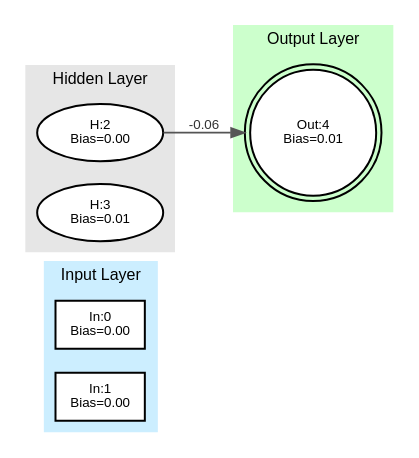
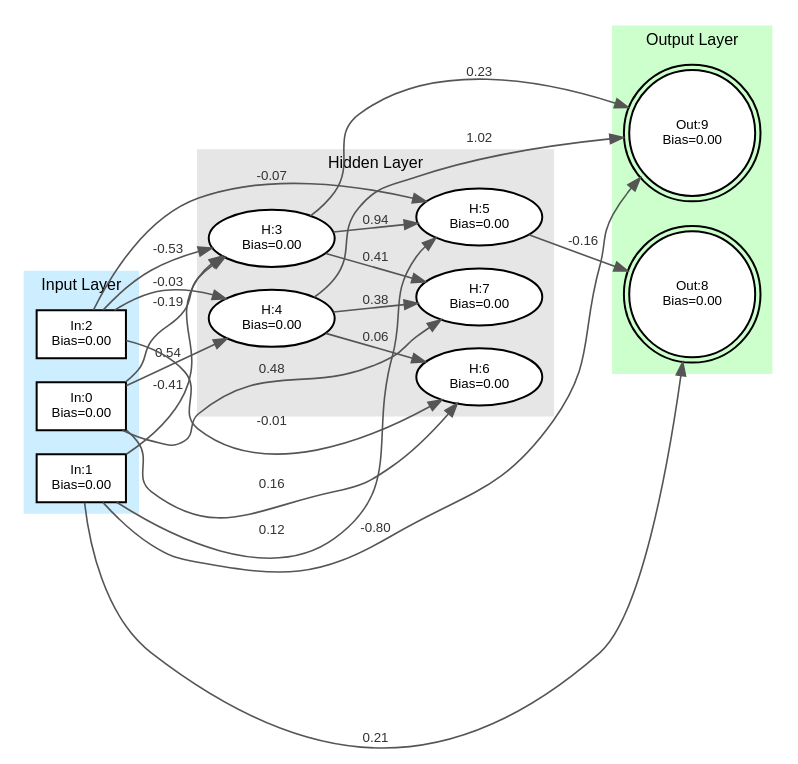
One commit to Apoxtrophe/MiNET_AI changed the diagram in minet_test.dot. Above: the diagram before and after it, drawn with Graphviz. The commit also changed 3 other files, not shown here.

```diff
--- a/minet_test.dot
+++ b/minet_test.dot
@@ -1,45 +1,68 @@
 digraph Minet {
     // Use left-to-right orientation
     rankdir=LR;
     graph [layout=dot, fontname="Helvetica", fontsize=12];
     node [fontname="Helvetica", fontsize=10];
     edge [fontname="Helvetica", fontsize=10];
 
     subgraph cluster_inputs {
         style=filled;
         color="#cceeff";
         penwidth=1.5;
         label="Input Layer";
         labelloc="top";
         labeljust="center";
         rank=same;
         neuron_0 [shape=box, style=filled, fillcolor=white, penwidth=1.5, label="In:0\nBias=0.00"];
         neuron_1 [shape=box, style=filled, fillcolor=white, penwidth=1.5, label="In:1\nBias=0.00"];
+        neuron_2 [shape=box, style=filled, fillcolor=white, penwidth=1.5, label="In:2\nBias=0.00"];
     }
 
     subgraph cluster_hidden {
         style=filled;
         color="#e6e6e6";
         penwidth=1.5;
         label="Hidden Layer";
         labelloc="top";
         labeljust="center";
-        neuron_2 [shape=ellipse, style=filled, fillcolor=white, penwidth=1.5, label="H:2\nBias=0.00"];
-        neuron_3 [shape=ellipse, style=filled, fillcolor=white, penwidth=1.5, label="H:3\nBias=0.01"];
+        neuron_3 [shape=ellipse, style=filled, fillcolor=white, penwidth=1.5, label="H:3\nBias=0.00"];
+        neuron_4 [shape=ellipse, style=filled, fillcolor=white, penwidth=1.5, label="H:4\nBias=0.00"];
+        neuron_5 [shape=ellipse, style=filled, fillcolor=white, penwidth=1.5, label="H:5\nBias=0.00"];
+        neuron_6 [shape=ellipse, style=filled, fillcolor=white, penwidth=1.5, label="H:6\nBias=0.00"];
+        neuron_7 [shape=ellipse, style=filled, fillcolor=white, penwidth=1.5, label="H:7\nBias=0.00"];
     }
 
     subgraph cluster_outputs {
         style=filled;
         color="#ccffcc";
         penwidth=1.5;
         label="Output Layer";
         labelloc="top";
         labeljust="center";
         rank=same;
-        neuron_4 [shape=doublecircle, style=filled, fillcolor=white, penwidth=1.5, label="Out:4\nBias=0.01"];
+        neuron_8 [shape=doublecircle, style=filled, fillcolor=white, penwidth=1.5, label="Out:8\nBias=0.00"];
+        neuron_9 [shape=doublecircle, style=filled, fillcolor=white, penwidth=1.5, label="Out:9\nBias=0.00"];
     }
 
     // Edges
     edge [color="#555555", penwidth=1.2];
-    neuron_2 -> neuron_4 [label="-0.06", fontcolor="#333333"];
+    neuron_0 -> neuron_3 [label="-0.19", fontcolor="#333333"];
+    neuron_0 -> neuron_4 [label="0.54", fontcolor="#333333"];
+    neuron_0 -> neuron_6 [label="0.16", fontcolor="#333333"];
+    neuron_0 -> neuron_7 [label="0.48", fontcolor="#333333"];
+    neuron_1 -> neuron_3 [label="-0.41", fontcolor="#333333"];
+    neuron_1 -> neuron_5 [label="0.12", fontcolor="#333333"];
+    neuron_1 -> neuron_8 [label="0.21", fontcolor="#333333"];
+    neuron_1 -> neuron_9 [label="-0.80", fontcolor="#333333"];
+    neuron_2 -> neuron_3 [label="-0.53", fontcolor="#333333"];
+    neuron_2 -> neuron_4 [label="-0.03", fontcolor="#333333"];
+    neuron_2 -> neuron_5 [label="-0.07", fontcolor="#333333"];
+    neuron_2 -> neuron_6 [label="-0.01", fontcolor="#333333"];
+    neuron_3 -> neuron_5 [label="0.94", fontcolor="#333333"];
+    neuron_3 -> neuron_7 [label="0.41", fontcolor="#333333"];
+    neuron_3 -> neuron_9 [label="0.23", fontcolor="#333333"];
+    neuron_4 -> neuron_6 [label="0.06", fontcolor="#333333"];
+    neuron_4 -> neuron_7 [label="0.38", fontcolor="#333333"];
+    neuron_4 -> neuron_9 [label="1.02", fontcolor="#333333"];
+    neuron_5 -> neuron_8 [label="-0.16", fontcolor="#333333"];
 }
```
